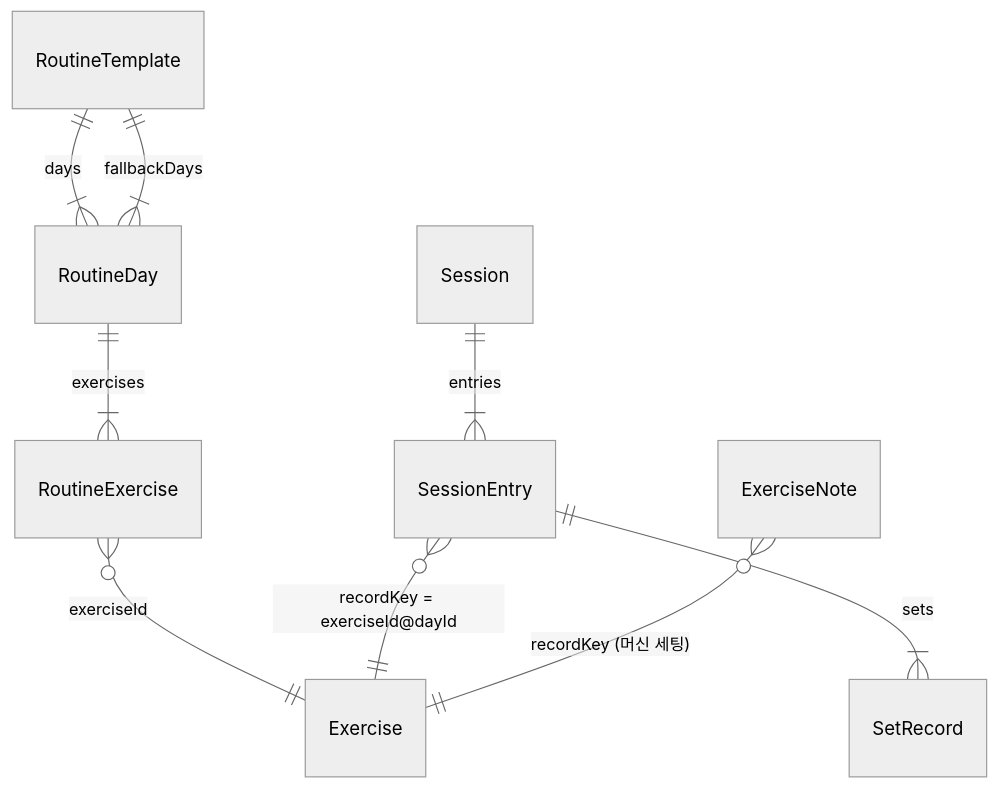
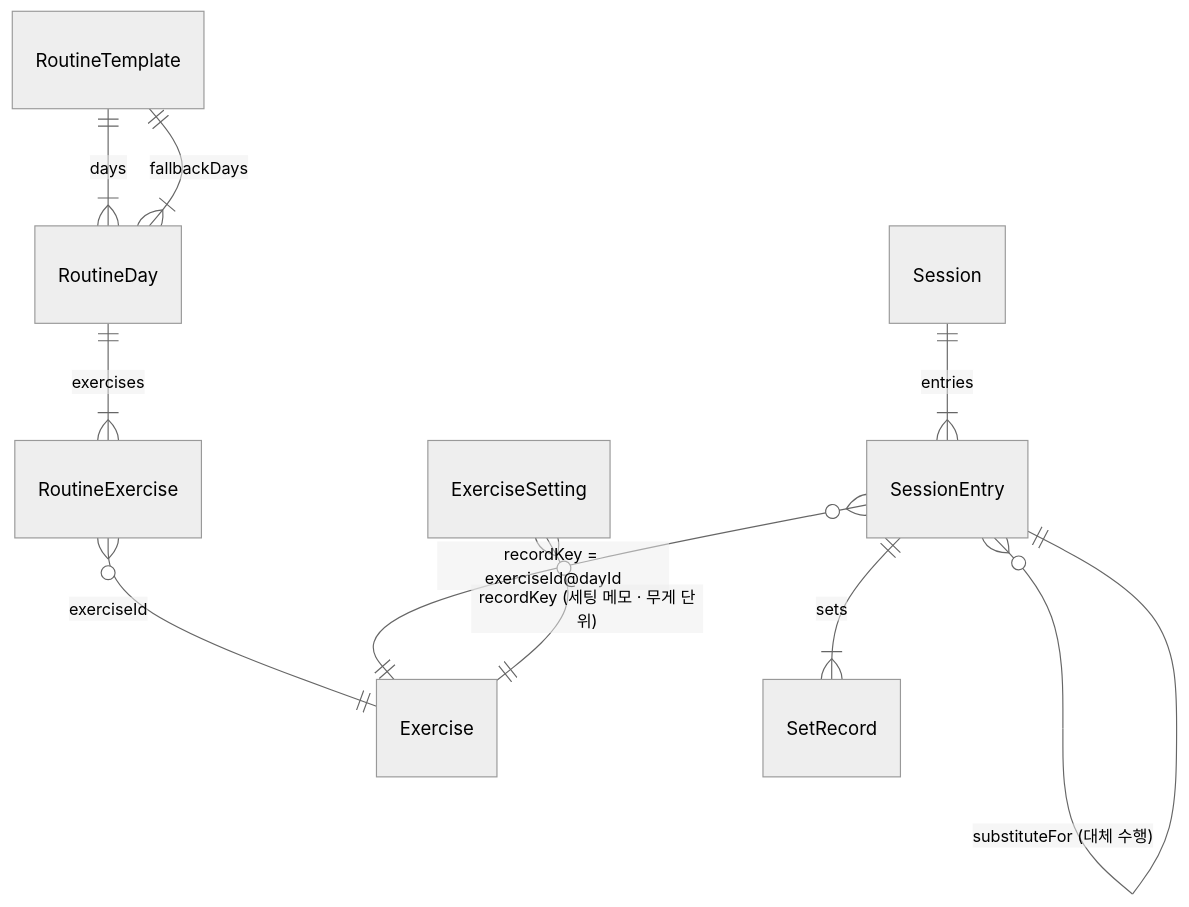
The first of 2 diagrams in README.md (Joyanggi/workout-tracker), drawn with Mermaid (neutral theme) before and after one commit. The commit also changed other lines of this file and 1 other file, not shown here.

````diff
--- a/README.md
+++ b/README.md
@@ -173,11 +202,12 @@
 ```mermaid
 erDiagram
   RoutineTemplate ||--|{ RoutineDay : days
   RoutineTemplate ||--|{ RoutineDay : fallbackDays
   RoutineDay ||--|{ RoutineExercise : exercises
   RoutineExercise }o--|| Exercise : exerciseId
   Session ||--|{ SessionEntry : entries
   SessionEntry ||--|{ SetRecord : sets
   SessionEntry }o--|| Exercise : "recordKey = exerciseId@dayId"
-  ExerciseNote }o--|| Exercise : "recordKey (머신 세팅)"
+  ExerciseSetting }o--|| Exercise : "recordKey (세팅 메모 · 무게 단위)"
+  SessionEntry }o--|| SessionEntry : "substituteFor (대체 수행)"
 ```
````
